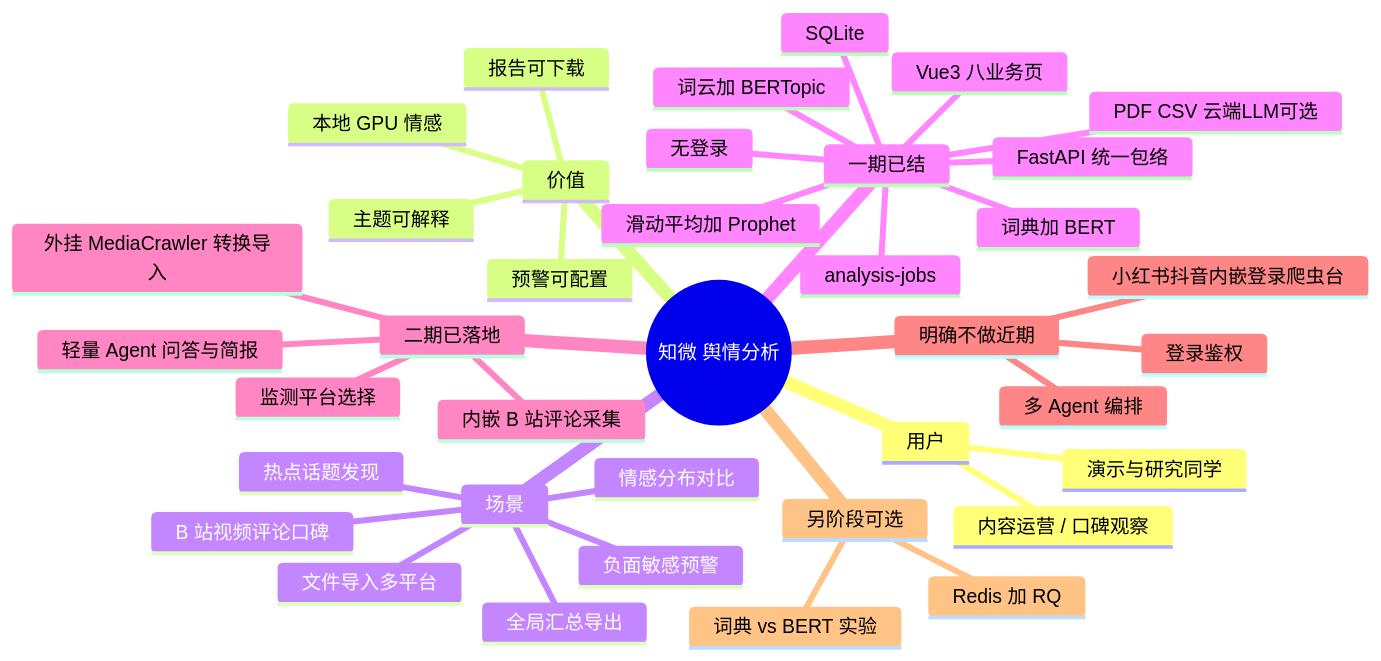
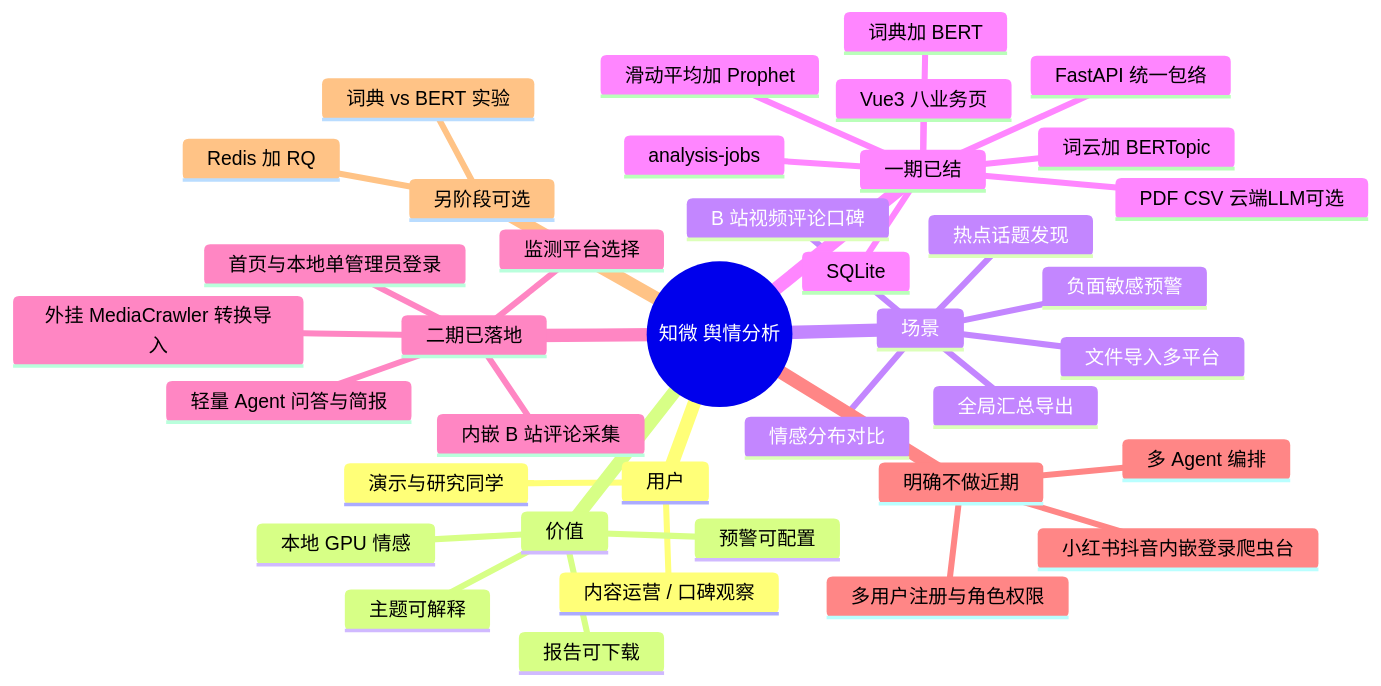
Before and after one commit to LinJJ12/yuqing: the seventh of 13 diagrams in docs/diagrams.md, drawn with Mermaid. The commit also changed other lines of this file and 10 other files, not shown here.

````diff
--- a/docs/diagrams.md
+++ b/docs/diagrams.md
@@ -123,41 +124,41 @@
 ```mermaid
 mindmap
   root((知微 舆情分析))
     用户
       演示与研究同学
       内容运营 / 口碑观察
     价值
       本地 GPU 情感
       主题可解释
       预警可配置
       报告可下载
     场景
       B 站视频评论口碑
       文件导入多平台
       情感分布对比
       热点话题发现
       负面敏感预警
       全局汇总导出
     一期已结
       Vue3 八业务页
       FastAPI 统一包络
       SQLite
       词典加 BERT
       词云加 BERTopic
       滑动平均加 Prophet
       analysis-jobs
       PDF CSV 云端LLM可选
-      无登录
     二期已落地
       外挂 MediaCrawler 转换导入
       内嵌 B 站评论采集
       监测平台选择
       轻量 Agent 问答与简报
+      首页与本地单管理员登录
     明确不做近期
-      登录鉴权
+      多用户注册与角色权限
       多 Agent 编排
       小红书抖音内嵌登录爬虫台
     另阶段可选
       词典 vs BERT 实验
       Redis 加 RQ
 ```
````
